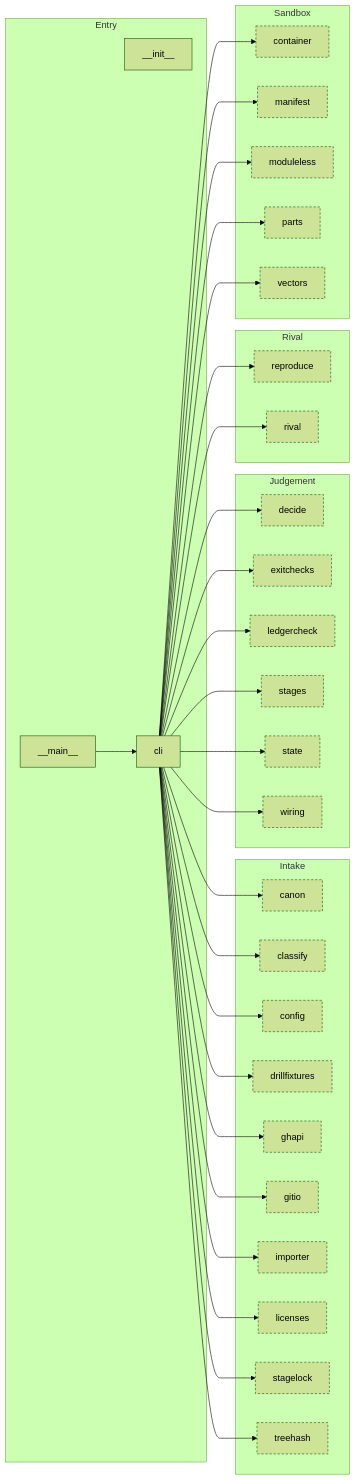
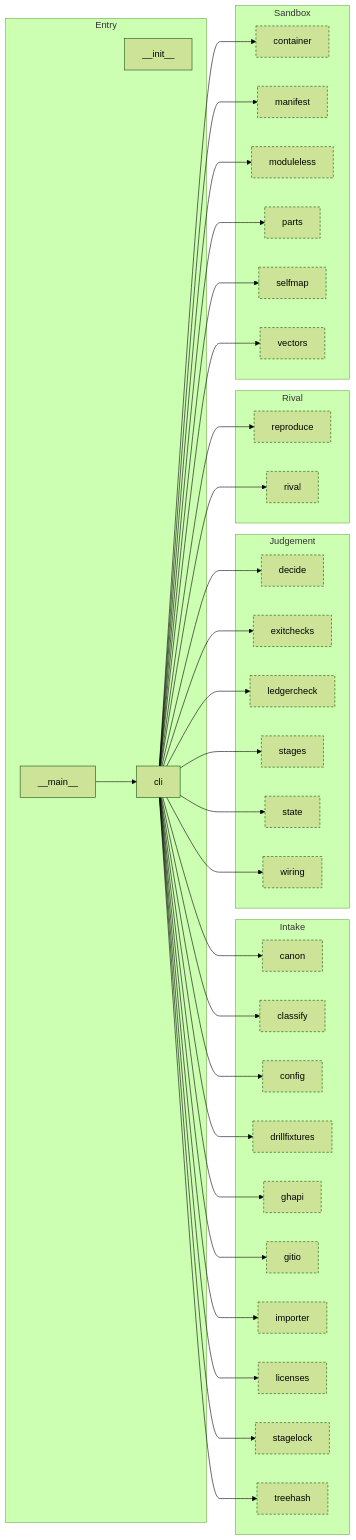
Before and after one commit to Okan-wqm/snowball-mcp: the third of 8 diagrams in docs/harita.md, drawn with Mermaid (forest theme). The commit also changed other lines of this file and 15 other files, not shown here.

````diff
--- a/docs/harita.md
+++ b/docs/harita.md
@@ -110,64 +111,66 @@
 ```mermaid
 flowchart LR
   subgraph a_Entry["Entry"]
     m___init__["__init__"]
     m___main__["__main__"]
     m_cli["cli"]
   end
   subgraph a_Intake["Intake"]
     m_canon["canon"]:::outside
     m_classify["classify"]:::outside
     m_config["config"]:::outside
     m_drillfixtures["drillfixtures"]:::outside
     m_ghapi["ghapi"]:::outside
     m_gitio["gitio"]:::outside
     m_importer["importer"]:::outside
     m_licenses["licenses"]:::outside
     m_stagelock["stagelock"]:::outside
     m_treehash["treehash"]:::outside
   end
   subgraph a_Judgement["Judgement"]
     m_decide["decide"]:::outside
     m_exitchecks["exitchecks"]:::outside
     m_ledgercheck["ledgercheck"]:::outside
     m_stages["stages"]:::outside
     m_state["state"]:::outside
     m_wiring["wiring"]:::outside
   end
   subgraph a_Rival["Rival"]
     m_reproduce["reproduce"]:::outside
     m_rival["rival"]:::outside
   end
   subgraph a_Sandbox["Sandbox"]
     m_container["container"]:::outside
     m_manifest["manifest"]:::outside
     m_moduleless["moduleless"]:::outside
     m_parts["parts"]:::outside
+    m_selfmap["selfmap"]:::outside
     m_vectors["vectors"]:::outside
   end
   m___main__ --> m_cli
   m_cli --> m_canon
   m_cli --> m_classify
   m_cli --> m_config
   m_cli --> m_container
   m_cli --> m_decide
   m_cli --> m_drillfixtures
   m_cli --> m_exitchecks
   m_cli --> m_ghapi
   m_cli --> m_gitio
   m_cli --> m_importer
   m_cli --> m_ledgercheck
   m_cli --> m_licenses
   m_cli --> m_manifest
   m_cli --> m_moduleless
   m_cli --> m_parts
   m_cli --> m_reproduce
   m_cli --> m_rival
+  m_cli --> m_selfmap
   m_cli --> m_stagelock
   m_cli --> m_stages
   m_cli --> m_state
   m_cli --> m_treehash
   m_cli --> m_vectors
   m_cli --> m_wiring
   classDef outside stroke-dasharray: 4 3
 ```
````
